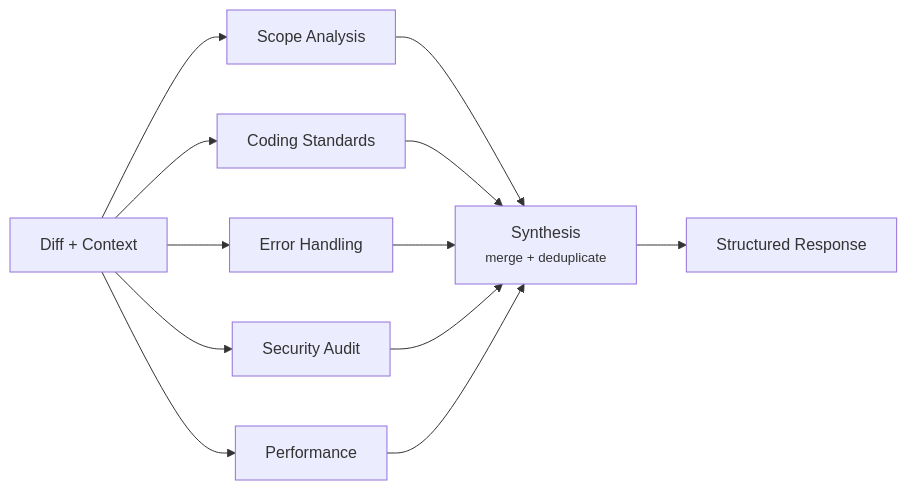
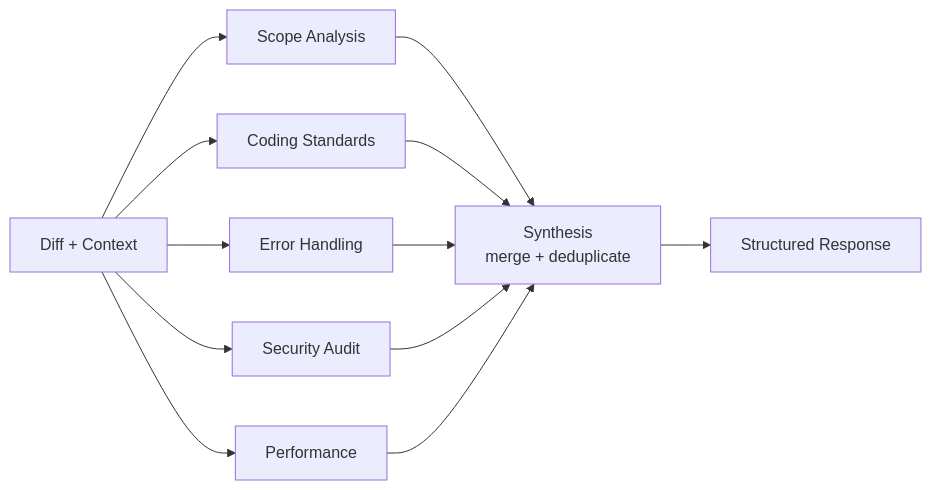
The second of 3 diagrams in docs/review-modes.md (actions-marketplace-validations/JNZader_ghagga), drawn with Mermaid before and after one commit. The commit also changed other lines of this file and 7 other files, not shown here.

First line of the commit message:
fix(docs): remove <small> tags from Mermaid diagrams

````diff
--- a/docs/review-modes.md
+++ b/docs/review-modes.md
@@ -24,14 +24,14 @@
 ```mermaid
 flowchart LR
   Input["Diff + Context"] --> S1["Scope Analysis"]
   Input --> S2["Coding Standards"]
   Input --> S3["Error Handling"]
   Input --> S4["Security Audit"]
   Input --> S5["Performance"]
-  S1 --> Synth["Synthesis<br/><small>merge + deduplicate</small>"]
+  S1 --> Synth["Synthesis<br/>merge + deduplicate"]
   S2 --> Synth
   S3 --> Synth
   S4 --> Synth
   S5 --> Synth
   Synth --> Output["Structured Response"]
 ```
````
